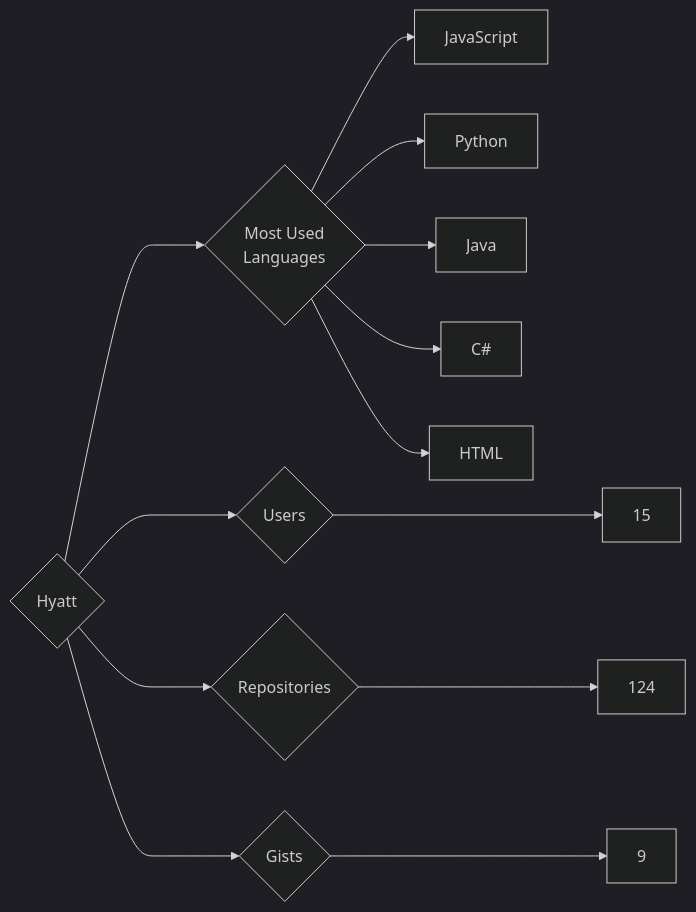
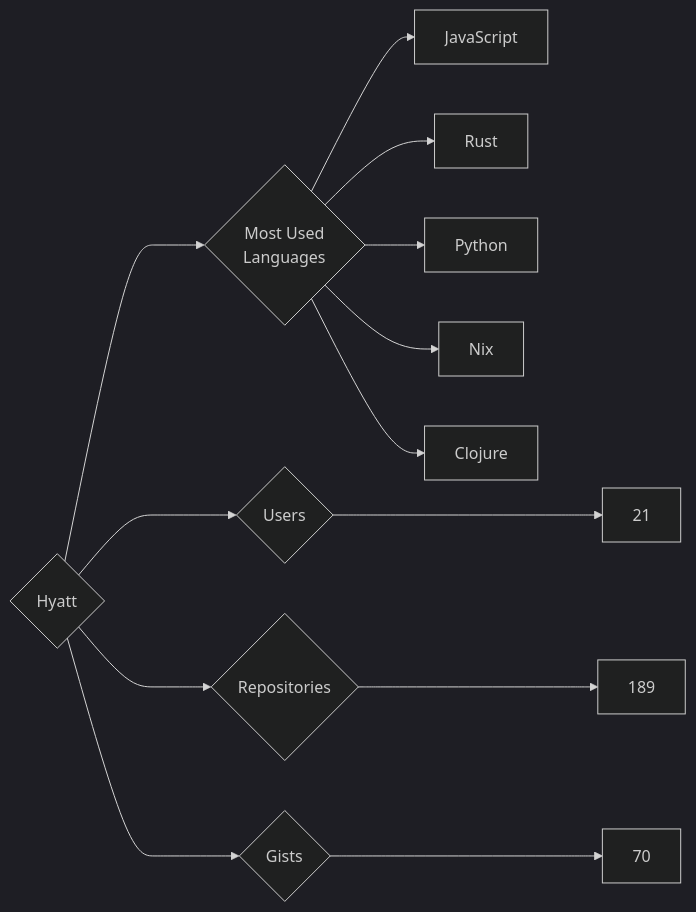
Before and after one commit to trickest/insiders: the diagram in targets/Hyatt/README.md, drawn with Mermaid (dark theme). The commit also changed 930 other files, not shown here.

````diff
--- a/targets/Hyatt/README.md
+++ b/targets/Hyatt/README.md
@@ -3,13 +3,13 @@
 ```mermaid
 graph LR
 COMPANY_NAME{Hyatt}
-COMPANY_NAME ---> U{Users} ---> UN[15]
-COMPANY_NAME ---> R{Repositories} ---> RN[124]
-COMPANY_NAME ---> G{Gists} ---> GN[9]
+COMPANY_NAME ---> U{Users} ---> UN[21]
+COMPANY_NAME ---> R{Repositories} ---> RN[189]
+COMPANY_NAME ---> G{Gists} ---> GN[70]
 COMPANY_NAME ---> ML{Most Used<br>Languages}
 ML --> JavaScript[JavaScript]
+ML --> Rust[Rust]
 ML --> Python[Python]
-ML --> Java[Java]
-ML --> C#[C#]
-ML --> HTML[HTML]
+ML --> Nix[Nix]
+ML --> Clojure[Clojure]
 ```
````
